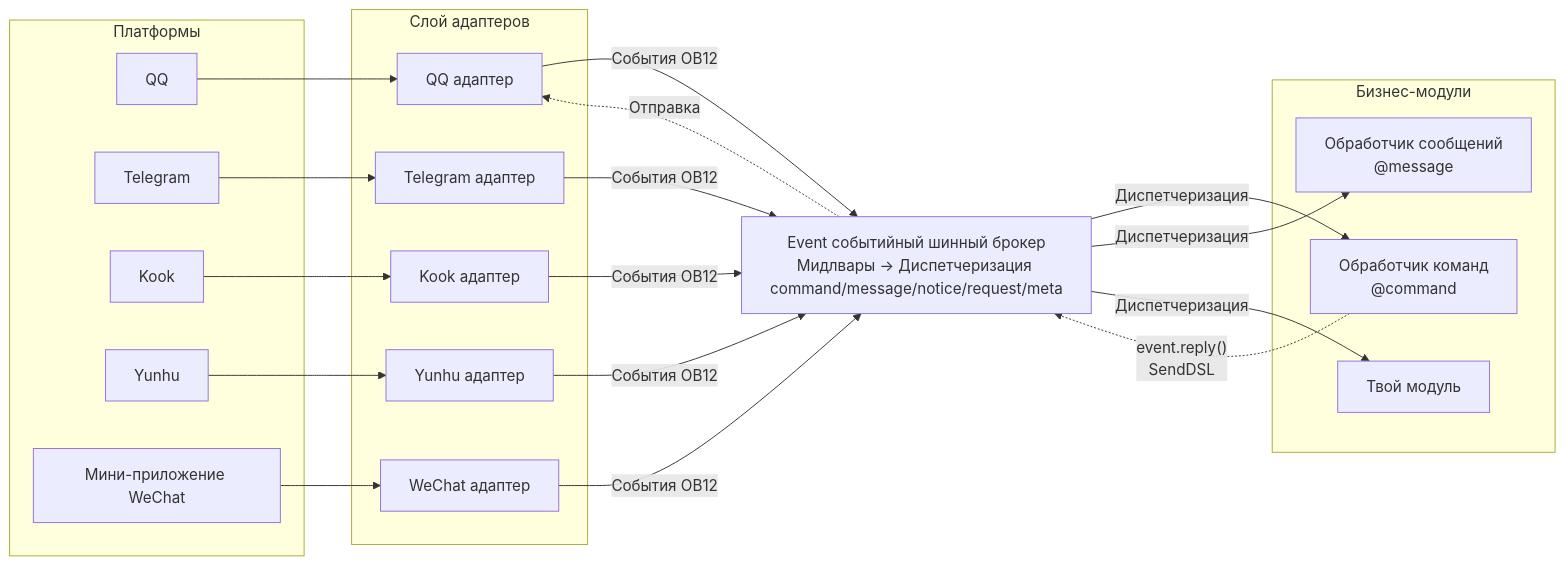
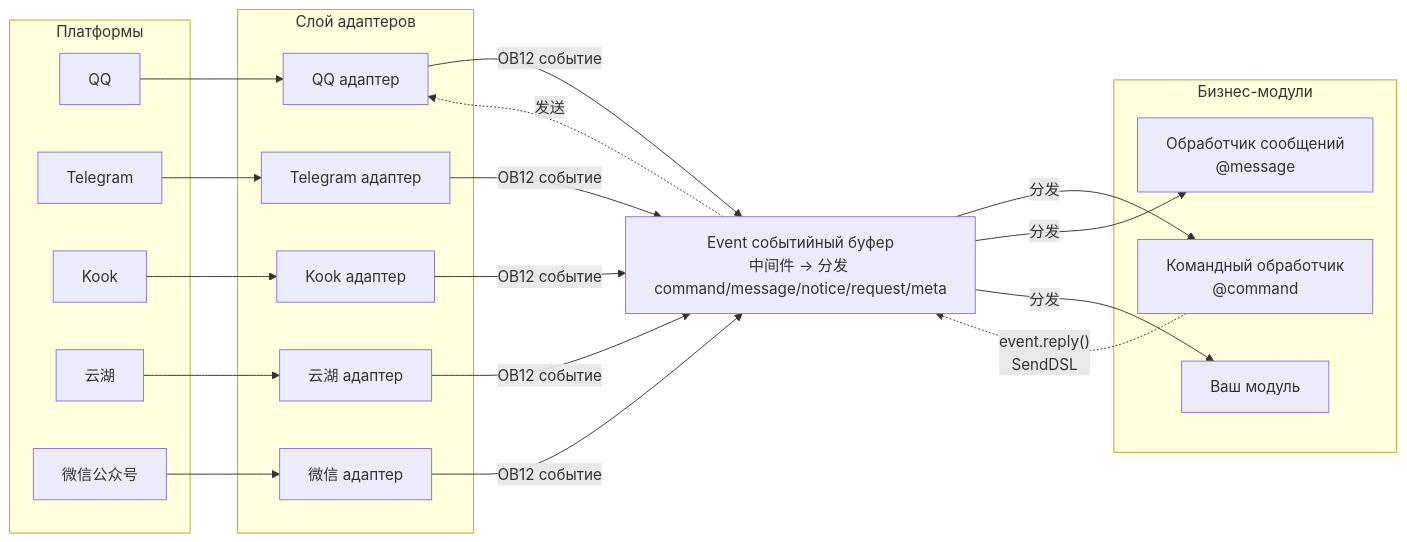
Before and after one commit to ErisPulse/ErisPulse: the first of 2 diagrams in README.ru.md, drawn with Mermaid. The commit also changed other lines of this file and 91 other files, not shown here.

````diff
--- a/README.ru.md
+++ b/README.ru.md
@@ -119,45 +152,45 @@
 ```mermaid
 graph LR
     subgraph Platforms[Платформы]
         QQ["QQ"]
         TG["Telegram"]
         Kook["Kook"]
-        YH["Yunhu"]
-        WX["Мини-приложение WeChat"]
+        YH["云湖"]
+        WX["微信公众号"]
     end
 
     subgraph Adapters[Слой адаптеров]
         A1["QQ адаптер"]
         A2["Telegram адаптер"]
         A3["Kook адаптер"]
-        A4["Yunhu адаптер"]
-        A5["WeChat адаптер"]
+        A4["云湖 адаптер"]
+        A5["微信 адаптер"]
     end
 
-    Event["Event событийный шинный брокер<br/>Мидлвары → Диспетчеризация command/message/notice/request/meta"]
+    Event["Event событийный буфер<br/>中间件 → 分发 command/message/notice/request/meta"]
 
     subgraph Modules[Бизнес-модули]
-        M1["Обработчик команд<br/>@command"]
+        M1["Командный обработчик<br/>@command"]
         M2["Обработчик сообщений<br/>@message"]
-        M3["Твой модуль"]
+        M3["Ваш модуль"]
     end
 
     QQ --> A1
     TG --> A2
     Kook --> A3
     YH --> A4
     WX --> A5
 
-    A1 -->|"События OB12"| Event
-    A2 -->|"События OB12"| Event
-    A3 -->|"События OB12"| Event
-    A4 -->|"События OB12"| Event
-    A5 -->|"События OB12"| Event
+    A1 -->|"OB12 событие"| Event
+    A2 -->|"OB12 событие"| Event
+    A3 -->|"OB12 событие"| Event
+    A4 -->|"OB12 событие"| Event
+    A5 -->|"OB12 событие"| Event
 
-    Event -->|"Диспетчеризация"| M1
-    Event -->|"Диспетчеризация"| M2
-    Event -->|"Диспетчеризация"| M3
+    Event -->|"分发"| M1
+    Event -->|"分发"| M2
+    Event -->|"分发"| M3
 
     M1 -.->|"event.reply()<br/>SendDSL"| Event
-    Event -.->|"Отправка"| A1
+    Event -.->|"发送"| A1
 ```
````
